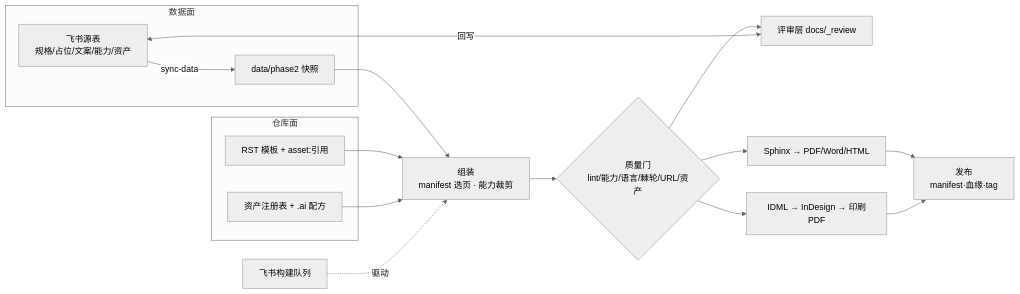
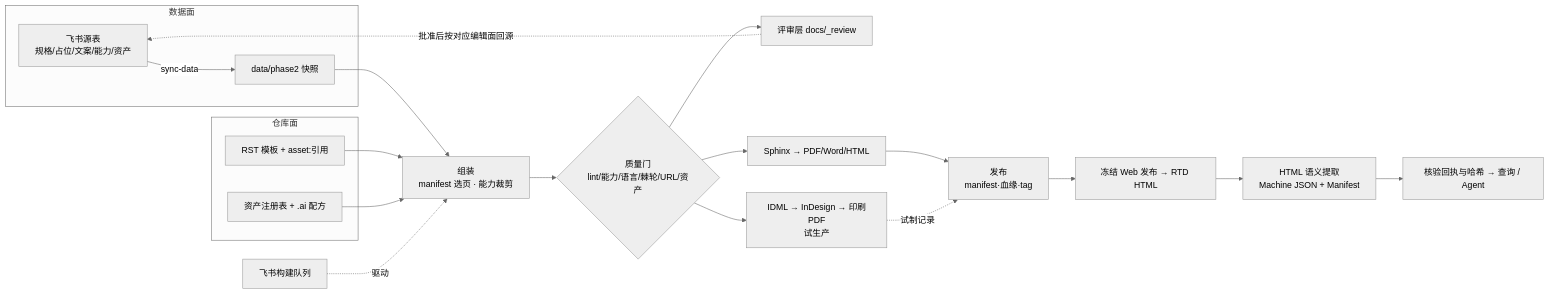
One commit to Bingboom/Hello-Docs changed the first of 2 diagrams in code-as-doc/architecture/system_evolution_history.md. Above: the diagram before and after it, drawn with Mermaid (neutral theme). The commit also changed other lines of this file and 13 other files, not shown here.

````diff
--- a/code-as-doc/architecture/system_evolution_history.md
+++ b/code-as-doc/architecture/system_evolution_history.md
@@ -38,19 +46,24 @@
 ```mermaid
 flowchart LR
   subgraph 数据面
     F[飞书源表<br/>规格/占位/文案/能力/资产] --sync-data--> S[data/phase2 快照]
   end
   subgraph 仓库面
     T[RST 模板 + asset:引用]
     A[资产注册表 + .ai 配方]
   end
   S --> ASM[组装<br/>manifest 选页 · 能力裁剪]
   T --> ASM
   A --> ASM
   ASM --> G{质量门<br/>lint/能力/语言/棘轮/URL/资产}
-  G --> R[评审层 docs/_review] <--回写--> F
+  G --> R[评审层 docs/_review]
+  R -.批准后按对应编辑面回源.-> F
   G --> OUT1[Sphinx → PDF/Word/HTML]
-  G --> OUT2[IDML → InDesign → 印刷PDF]
-  OUT1 & OUT2 --> REL[发布<br/>manifest·血缘·tag]
+  G --> OUT2[IDML → InDesign → 印刷PDF<br/>试生产]
+  OUT1 --> REL[发布<br/>manifest·血缘·tag]
+  OUT2 -.试制记录.-> REL
   Q[飞书构建队列] -.驱动.-> ASM
+  REL --> WEB[冻结 Web 发布 → RTD HTML]
+  WEB --> MACHINE[HTML 语义提取<br/>Machine JSON + Manifest]
+  MACHINE --> READ[核验回执与哈希 → 查询 / Agent]
 ```
````
